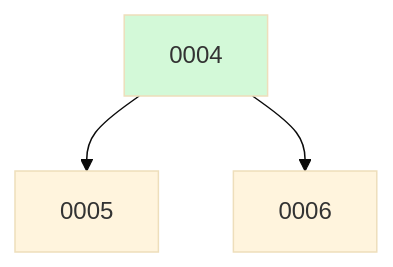
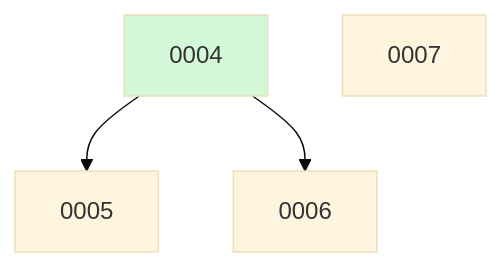
Before and after one commit to ethanhinson/llm-research-agent: the diagram in docs/changes/BOARD.md, drawn with Mermaid (base theme). The commit also changed other lines of this file, not shown here.

````diff
--- a/docs/changes/BOARD.md
+++ b/docs/changes/BOARD.md
@@ -12,7 +13,8 @@
 ```mermaid
 graph TD
   0004 --> 0005
   0004 --> 0006
+  0007
   0004:::done
   classDef done fill:#d3f9d8;
 ```
````
